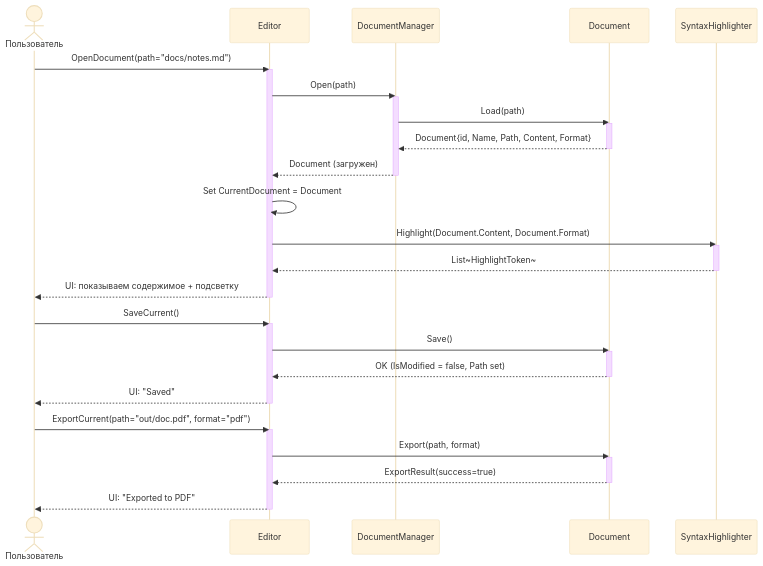
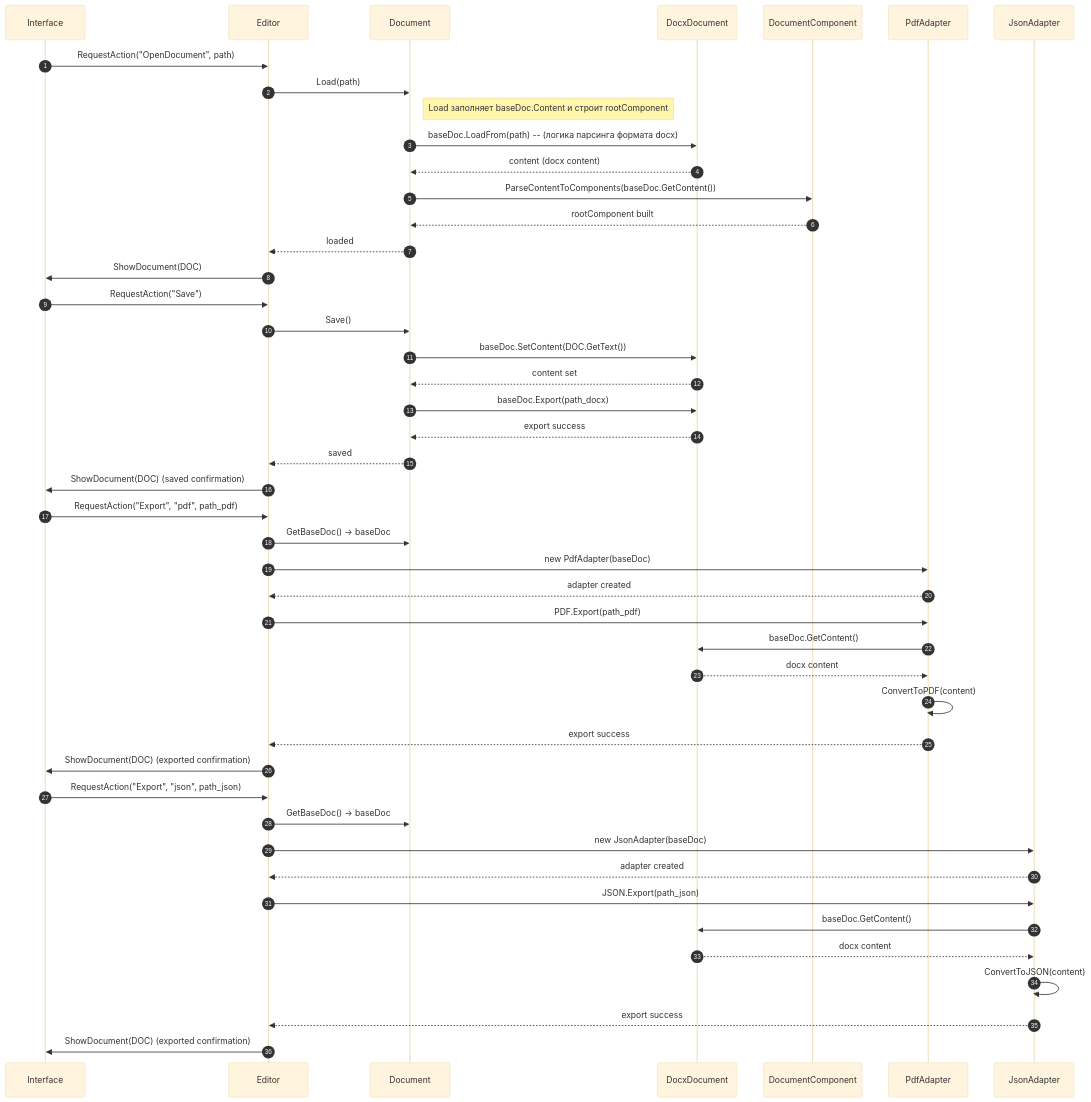
One commit to penamarth/bsbo-03-23_team6_var11_textedit changed the diagram in Документация/Сценарии использования/02-Открытие, сохранение файла/Диаграмма последовательности Открытие, сохранение.md. Above: the diagram before and after it, drawn with Mermaid (base theme).

Commit message:
Update Диаграмма последовательности Открытие, сохранение.md

````diff
--- a/Документация/Сценарии использования/02-Открытие, сохранение файла/Диаграмма последовательности Открытие, сохранение.md
+++ b/Документация/Сценарии использования/02-Открытие, сохранение файла/Диаграмма последовательности Открытие, сохранение.md
@@ -2,49 +2,56 @@
 ``` mermaid
 sequenceDiagram
-    actor User as Пользователь
-    participant Editor as Editor
-    participant DocumentManager as DocumentManager
-    participant Document as Document
-    participant SyntaxHighlighter as SyntaxHighlighter
+    autonumber
+    participant UI as Interface
+    participant ED as Editor
+    participant DOC as Document
+    participant BASE as DocxDocument
+    participant ROOT as DocumentComponent
+    participant PDF as PdfAdapter
+    participant JSON as JsonAdapter
 
-    %% Открытие документа
-    User->>Editor: OpenDocument(path="docs/notes.md")
-    activate Editor
-    Editor->>DocumentManager: Open(path)
-    activate DocumentManager
-    DocumentManager->>Document: Load(path)
-    activate Document
-    Document-->>DocumentManager: Document{id, Name, Path, Content, Format}
-    deactivate Document
-    DocumentManager-->>Editor: Document (загружен)
-    deactivate DocumentManager
-    Editor->>Editor: Set CurrentDocument = Document
+    %% A) ОТКРЫТИЕ
+    UI->>ED: RequestAction("OpenDocument", path)
+    ED->>DOC: Load(path)
+    note right of DOC: Load заполняет baseDoc.Content и строит rootComponent
+    DOC->>BASE: baseDoc.LoadFrom(path)  -- (логика парсинга формата docx)
+    BASE-->>DOC: content (docx content)
+    DOC->>ROOT: ParseContentToComponents(baseDoc.GetContent())
+    ROOT-->>DOC: rootComponent built
+    DOC-->>ED: loaded
+    ED->>UI: ShowDocument(DOC)
 
-    %% Подсветка после открытия
-    Editor->>SyntaxHighlighter: Highlight(Document.Content, Document.Format)
-    activate SyntaxHighlighter
-    SyntaxHighlighter-->>Editor: List~HighlightToken~
-    deactivate SyntaxHighlighter
-    Editor-->>User: UI: показываем содержимое + подсветку
-    deactivate Editor
+    %% B) СОХРАНЕНИЕ В DOCX
+    UI->>ED: RequestAction("Save")
+    ED->>DOC: Save()
+    DOC->>BASE: baseDoc.SetContent(DOC.GetText())
+    BASE-->>DOC: content set
+    DOC->>BASE: baseDoc.Export(path_docx)
+    BASE-->>DOC: export success
+    DOC-->>ED: saved
+    ED->>UI: ShowDocument(DOC) (saved confirmation)
 
-    %% Сохранение
-    User->>Editor: SaveCurrent()
-    activate Editor
-    Editor->>Document: Save()
-    activate Document
-    Document-->>Editor: OK (IsModified = false, Path set)
-    deactivate Document
-    Editor-->>User: UI: "Saved"
-    deactivate Editor
+    %% C) ЭКСПОРТ В PDF и JSON через адаптеры
+    UI->>ED: RequestAction("Export", "pdf", path_pdf)
+    ED->>DOC: GetBaseDoc() -> baseDoc
+    ED->>PDF: new PdfAdapter(baseDoc)
+    PDF-->>ED: adapter created
+    ED->>PDF: PDF.Export(path_pdf)
+    PDF->>BASE: baseDoc.GetContent()
+    BASE-->>PDF: docx content
+    PDF->>PDF: ConvertToPDF(content)
+    PDF-->>ED: export success
+    ED->>UI: ShowDocument(DOC) (exported confirmation)
 
-    %% Сохранить как / Экспорт в другой формат
-    User->>Editor: ExportCurrent(path="out/doc.pdf", format="pdf")
-    activate Editor
-    Editor->>Document: Export(path, format)
-    activate Document
-    Document-->>Editor: ExportResult(success=true)
-    deactivate Document
-    Editor-->>User: UI: "Exported to PDF"
-    deactivate Editor
+    UI->>ED: RequestAction("Export", "json", path_json)
+    ED->>DOC: GetBaseDoc() -> baseDoc
+    ED->>JSON: new JsonAdapter(baseDoc)
+    JSON-->>ED: adapter created
+    ED->>JSON: JSON.Export(path_json)
+    JSON->>BASE: baseDoc.GetContent()
+    BASE-->>JSON: docx content
+    JSON->>JSON: ConvertToJSON(content)
+    JSON-->>ED: export success
+    ED->>UI: ShowDocument(DOC) (exported confirmation)
+
 ```
````
